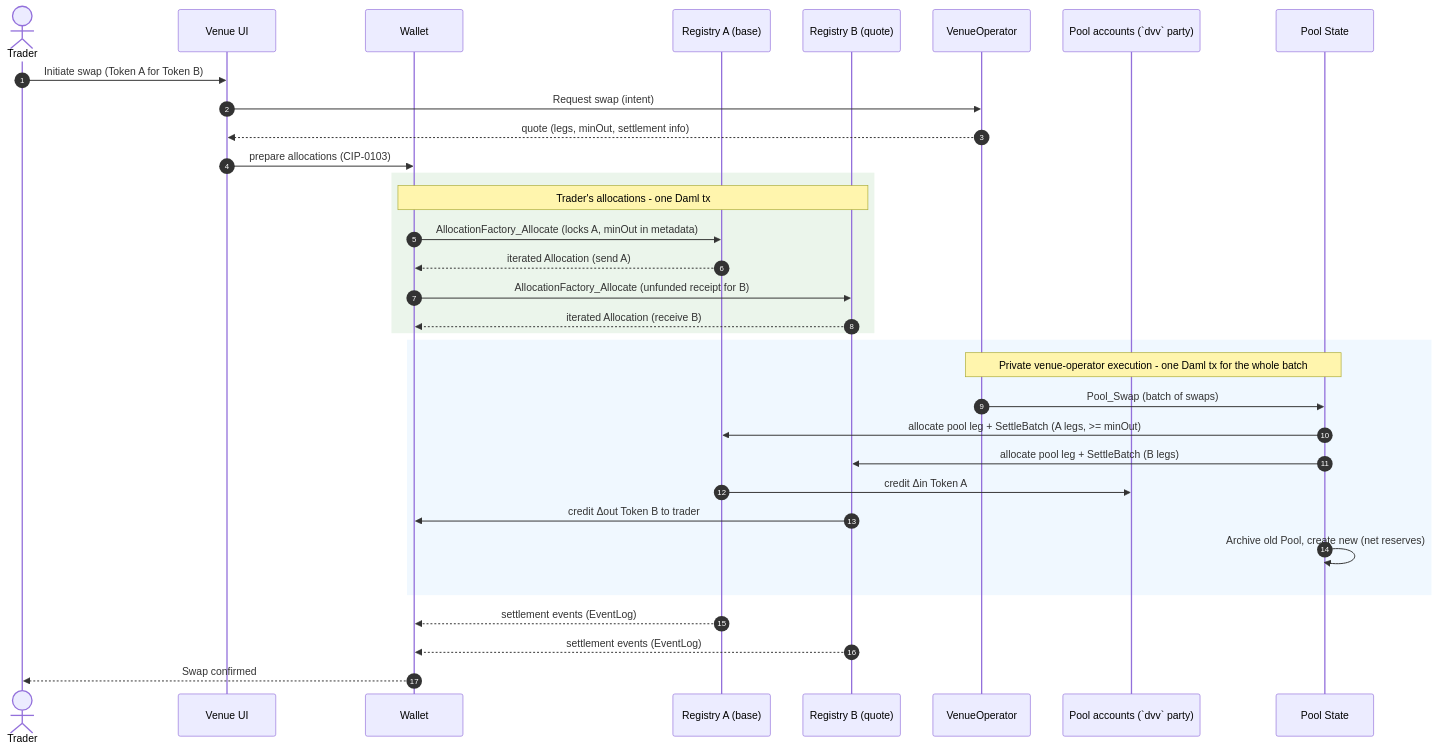
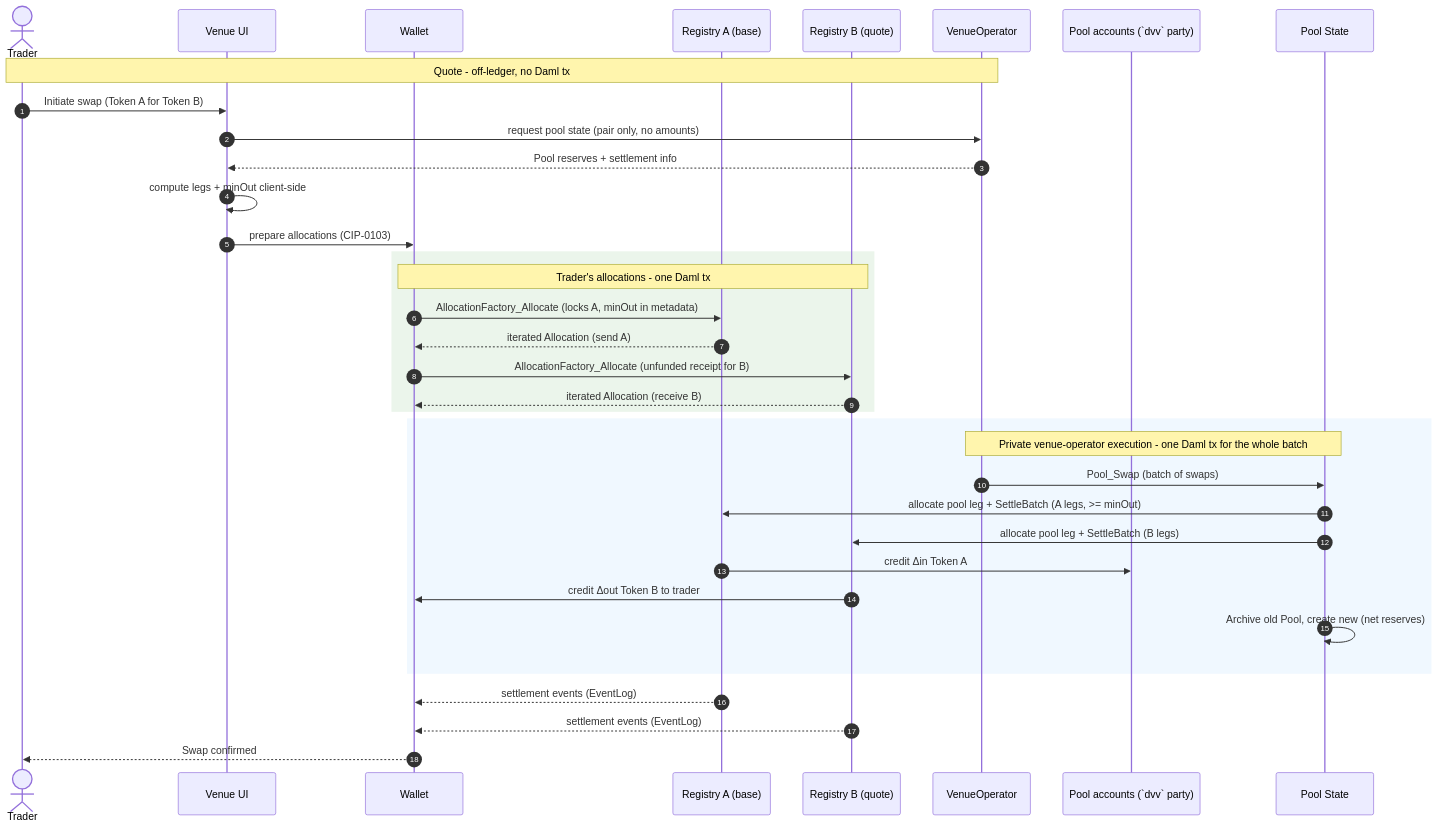
Before and after one commit to OpenZeppelin/canton-specs: the fourth of 4 diagrams in docs/reference-architectures/dex.md, drawn with Mermaid. The commit also changed other lines of this file, not shown here.

Commit message:
The pool will have one consolidated holding. minOut computed on the client, to prevent the operator from knowing the trade beforehand. Diagram changes.

````diff
--- a/docs/reference-architectures/dex.md
+++ b/docs/reference-architectures/dex.md
@@ -437,37 +440,39 @@
 ```mermaid
 sequenceDiagram
     autonumber
     actor Trader
     participant VenueUI as Venue UI
     participant Wallet
     participant RegA as Registry A (base)
     participant RegB as Registry B (quote)
     participant VenueOperator
     participant PoolAcct as Pool accounts (`dvv` party)
     participant PoolContract as Pool State
 
+    Note over Trader, VenueOperator: Quote - off-ledger, no Daml tx
     Trader->>VenueUI: Initiate swap (Token A for Token B)
-    VenueUI->>VenueOperator: Request swap (intent)
-    VenueOperator-->>VenueUI: quote (legs, minOut, settlement info)
+    VenueUI->>VenueOperator: request pool state (pair only, no amounts)
+    VenueOperator-->>VenueUI: Pool reserves + settlement info
+    VenueUI->>VenueUI: compute legs + minOut client-side
     VenueUI->>Wallet: prepare allocations (CIP-0103)
     rect rgb(235, 245, 235)
     Note over Wallet, RegB: Trader's allocations - one Daml tx
     Wallet->>RegA: AllocationFactory_Allocate (locks A, minOut in metadata)
     RegA-->>Wallet: iterated Allocation (send A)
     Wallet->>RegB: AllocationFactory_Allocate (unfunded receipt for B)
     RegB-->>Wallet: iterated Allocation (receive B)
     end
     rect rgb(240, 248, 255)
     Note over VenueOperator, PoolContract: Private venue-operator execution - one Daml tx for the whole batch
     VenueOperator->>PoolContract: Pool_Swap (batch of swaps)
     PoolContract->>RegA: allocate pool leg + SettleBatch (A legs, >= minOut)
     PoolContract->>RegB: allocate pool leg + SettleBatch (B legs)
     RegA->>PoolAcct: credit Δin Token A
     RegB->>Wallet: credit Δout Token B to trader
     PoolContract->>PoolContract: Archive old Pool, create new (net reserves)
     end
 
     RegA-->>Wallet: settlement events (EventLog)
     RegB-->>Wallet: settlement events (EventLog)
     Wallet-->>Trader: Swap confirmed
 ```
````
